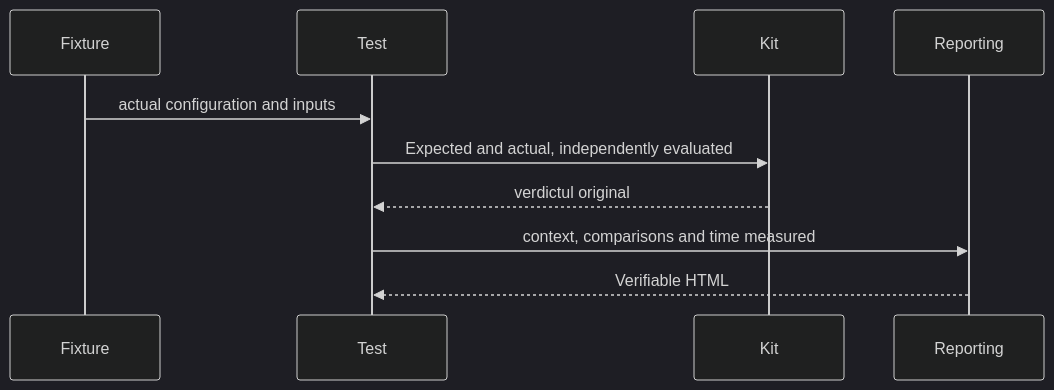
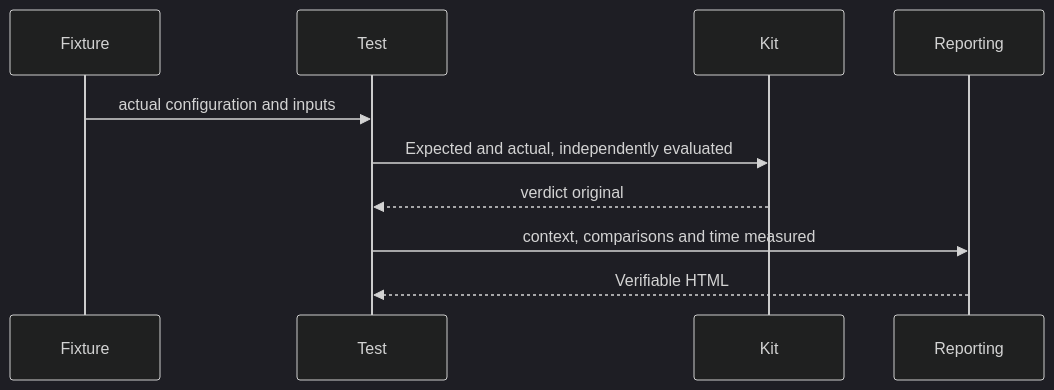
One commit to crististefanita/atf_j4 changed the diagram in docs/testing/ATF_GradleComponents.md. Above: the diagram before and after it, drawn with Mermaid (dark theme). The commit also changed other lines of this file and 126 other files, not shown here.

````diff
--- a/docs/testing/ATF_GradleComponents.md
+++ b/docs/testing/ATF_GradleComponents.md
@@ -36,12 +36,12 @@
 ```mermaid
 sequenceDiagram
     participant F as Fixture
     participant T as Test
     participant K as Kit
     participant R as Reporting
     F->>T: actual configuration and inputs
     T->>K: Expected and actual, independently evaluated
-    K-->>T: verdictul original
+    K-->>T: verdict original
     T->>R: context, comparisons and time measured
     R-->>T: Verifiable HTML
 ```
````
